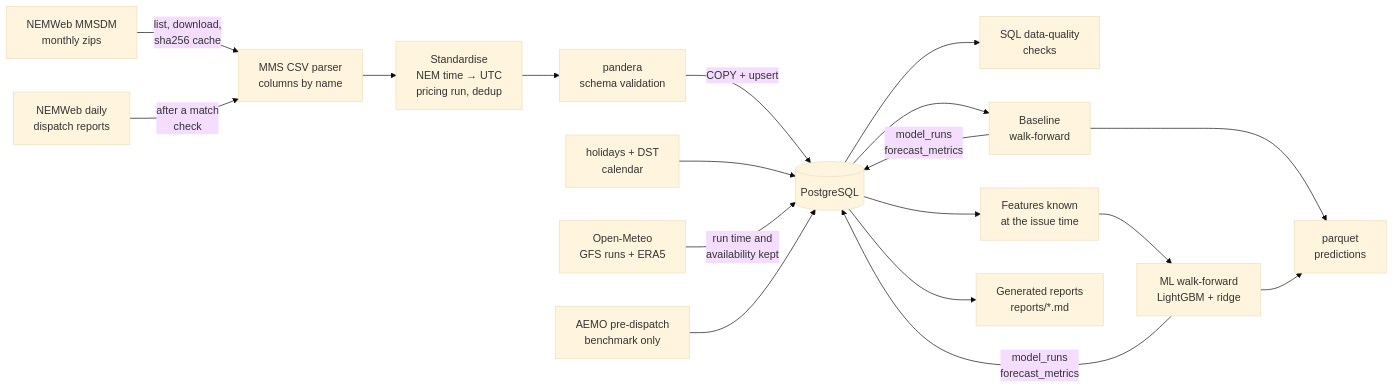
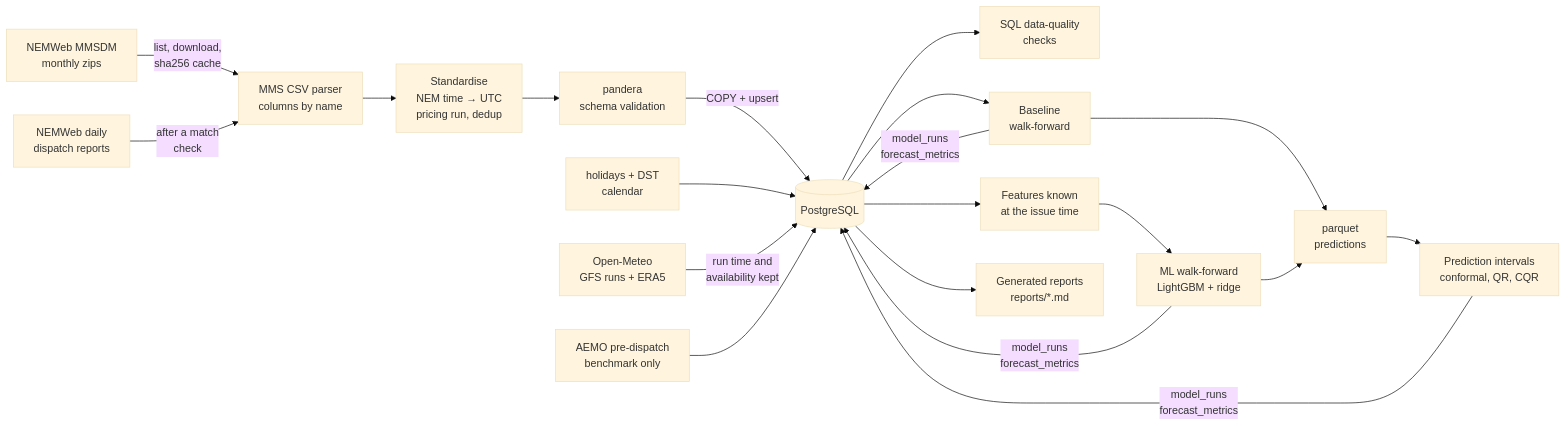
One commit to knam2609/gridcast-au changed the diagram in README.md. Above: the diagram before and after it, drawn with Mermaid (base theme). The commit also changed other lines of this file, not shown here.

````diff
--- a/README.md
+++ b/README.md
@@ -66,20 +70,22 @@
 ```mermaid
 flowchart LR
     A[NEMWeb MMSDM<br/>monthly zips] -->|list, download,<br/>sha256 cache| B[MMS CSV parser<br/>columns by name]
     N[NEMWeb daily<br/>dispatch reports] -->|after a match<br/>check| B
     B --> C[Standardise<br/>NEM time → UTC<br/>pricing run, dedup]
     C --> D[pandera<br/>schema validation]
     D -->|COPY + upsert| E[(PostgreSQL)]
     H[holidays + DST<br/>calendar] --> E
     W[Open-Meteo<br/>GFS runs + ERA5] -->|run time and<br/>availability kept| E
     P[AEMO pre-dispatch<br/>benchmark only] --> E
     E --> F[SQL data-quality<br/>checks]
     E --> G[Baseline<br/>walk-forward]
     E --> X[Features known<br/>at the issue time]
     X --> L[ML walk-forward<br/>LightGBM + ridge]
     G -->|model_runs<br/>forecast_metrics| E
     L -->|model_runs<br/>forecast_metrics| E
     G --> Q[parquet<br/>predictions]
     L --> Q
+    Q --> I[Prediction intervals<br/>conformal, QR, CQR]
+    I -->|model_runs<br/>forecast_metrics| E
     E --> R[Generated reports<br/>reports/*.md]
 ```
````
